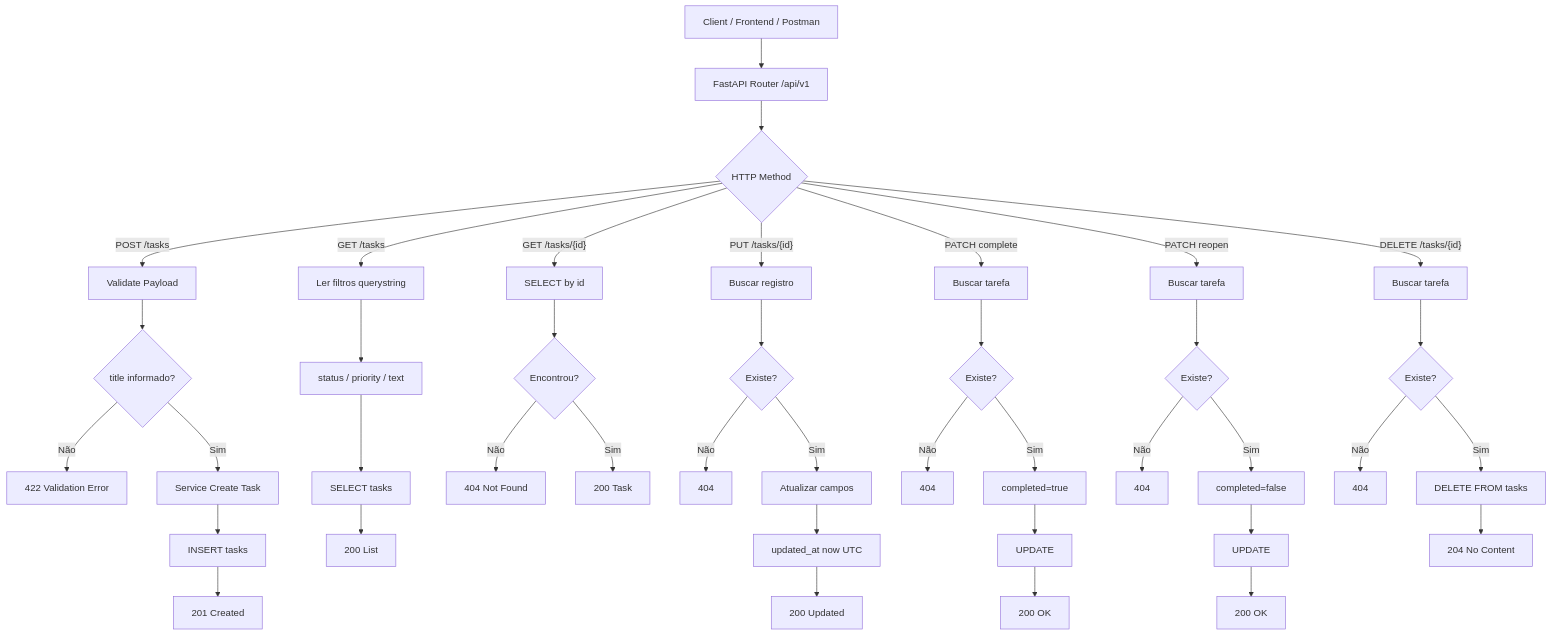
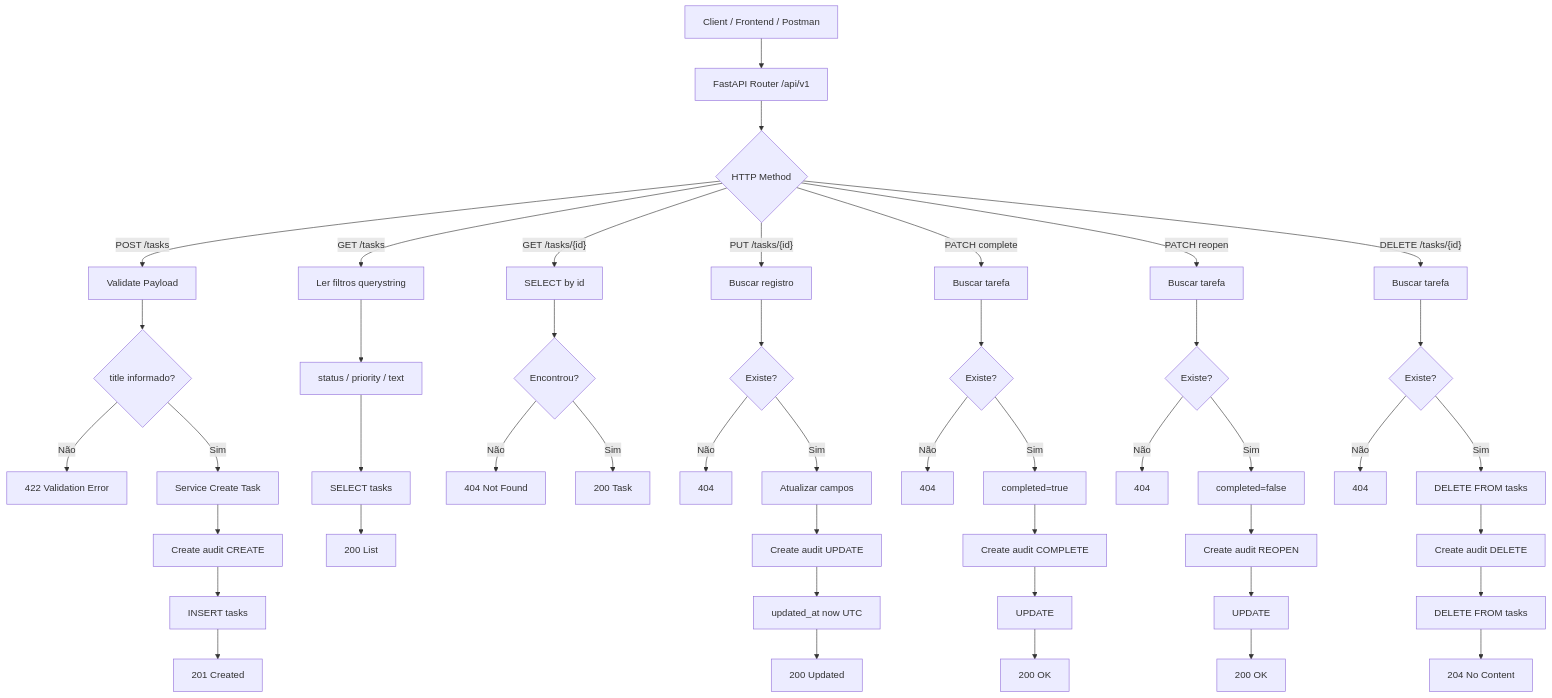
The diagram in diagrams/taskflow_logical_flow_enterprise.md (vilainricardo/AVA_TaskFlowAPI), drawn with Mermaid before and after one commit. The commit also changed 3 other files, not shown here.

````diff
--- a/diagrams/taskflow_logical_flow_enterprise.md
+++ b/diagrams/taskflow_logical_flow_enterprise.md
@@ -1,49 +1,55 @@
 ```mermaid
 flowchart TD
 A[Client / Frontend / Postman] --> B[FastAPI Router /api/v1]
 B --> C{HTTP Method}
 
 C -->|POST /tasks| D1[Validate Payload]
 D1 --> E1{title informado?}
 E1 -->|Não| X1[422 Validation Error]
 E1 -->|Sim| F1[Service Create Task]
-F1 --> G1[INSERT tasks]
-G1 --> H1[201 Created]
+F1 --> G1[Create audit CREATE]
+G1 --> H1[INSERT tasks]
+H1 --> I1[201 Created]
 
 C -->|GET /tasks| D2[Ler filtros querystring]
 D2 --> E2[status / priority / text]
 E2 --> F2[SELECT tasks]
 F2 --> H2[200 List]
 
 C -->|"GET /tasks/{id}"| D3[SELECT by id]
 D3 --> E3{Encontrou?}
 E3 -->|Não| X3[404 Not Found]
 E3 -->|Sim| H3[200 Task]
 
 C -->|"PUT /tasks/{id}"| D4[Buscar registro]
 D4 --> E4{Existe?}
 E4 -->|Não| X4[404]
 E4 -->|Sim| F4[Atualizar campos]
-F4 --> G4[updated_at now UTC]
-G4 --> H4[200 Updated]
+F4 --> G4[Create audit UPDATE]
+G4 --> H4[updated_at now UTC]
+H4 --> I4[200 Updated]
 
 C -->|PATCH complete| D5[Buscar tarefa]
 D5 --> E5{Existe?}
 E5 -->|Não| X5[404]
 E5 -->|Sim| F5[completed=true]
-F5 --> G5[UPDATE]
-G5 --> H5[200 OK]
+F5 --> G5[Create audit COMPLETE]
+G5 --> H5[UPDATE]
+H5 --> I5[200 OK]
 
 C -->|PATCH reopen| D6[Buscar tarefa]
 D6 --> E6{Existe?}
 E6 -->|Não| X6[404]
 E6 -->|Sim| F6[completed=false]
-F6 --> G6[UPDATE]
-G6 --> H6[200 OK]
+F6 --> G6[Create audit REOPEN]
+G6 --> H6[UPDATE]
+H6 --> I6[200 OK]
 
 C -->|"DELETE /tasks/{id}"| D7[Buscar tarefa]
 D7 --> E7{Existe?}
 E7 -->|Não| X7[404]
 E7 -->|Sim| F7[DELETE FROM tasks]
-F7 --> H7[204 No Content]
+F7 --> G7[Create audit DELETE]
+G7 --> H7[DELETE FROM tasks]
+H7 --> I7[204 No Content]
 ```
````
